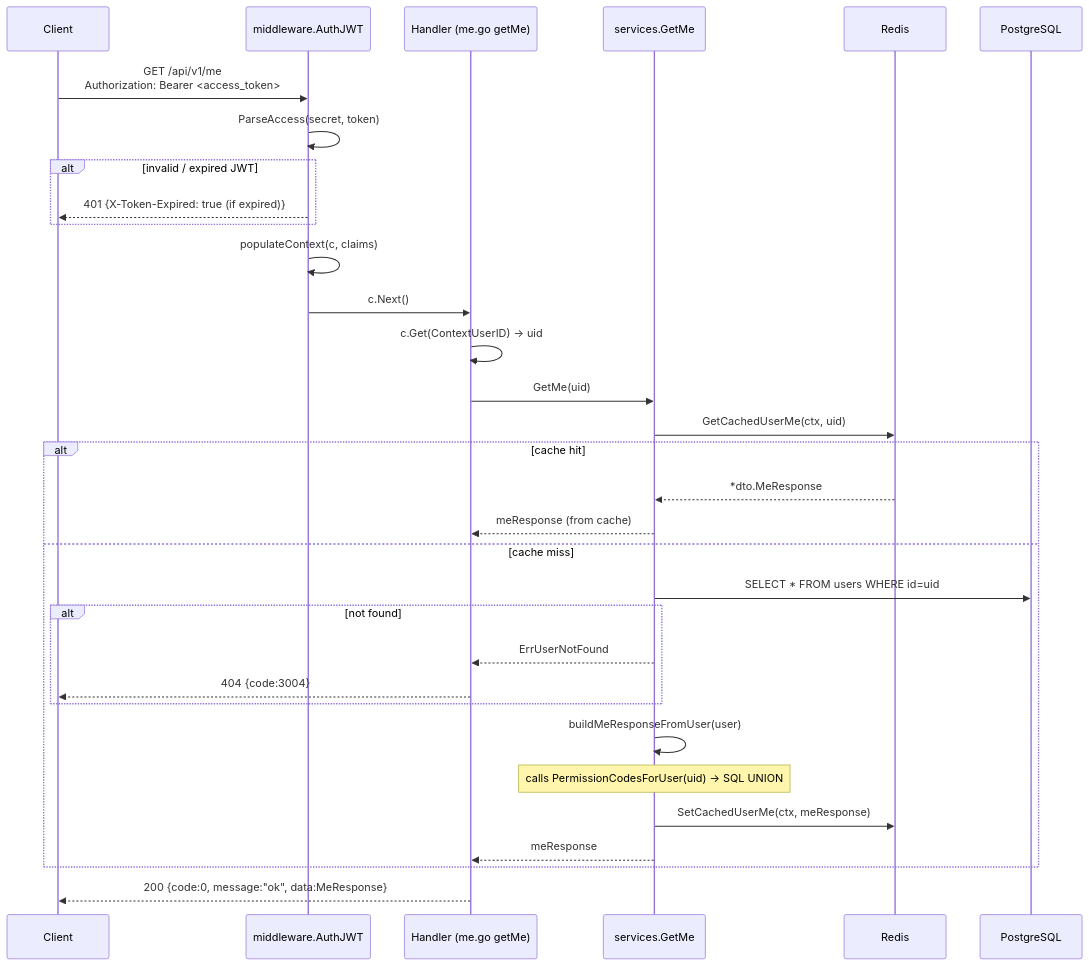
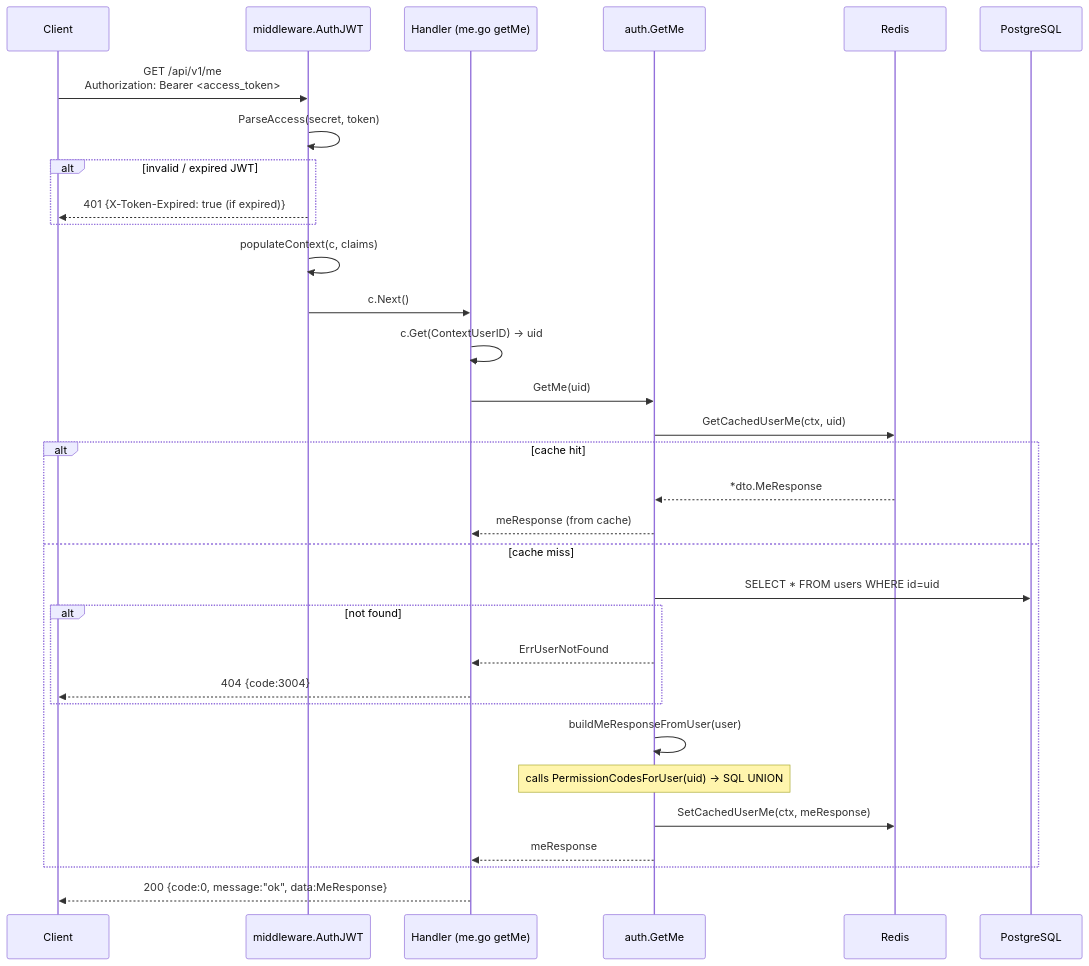
One commit to lkienkle11/be-mycourse changed the sixth of 23 diagrams in docs/sequence_diagrams.md. Above: the diagram before and after it, drawn with Mermaid. The commit also changed other lines of this file and 19 other files, not shown here.

Commit message:
docs: align architecture and module docs with package refactor

````diff
--- a/docs/sequence_diagrams.md
+++ b/docs/sequence_diagrams.md
@@ -333,38 +333,38 @@
 ```mermaid
 sequenceDiagram
     participant C as Client
     participant MW as middleware.AuthJWT
     participant H as Handler (me.go getMe)
-    participant SVC as services.GetMe
+    participant SVC as auth.GetMe
     participant Cache as Redis
     participant DB as PostgreSQL
 
     C->>MW: GET /api/v1/me<br/>Authorization: Bearer <access_token>
     MW->>MW: ParseAccess(secret, token)
     alt invalid / expired JWT
         MW-->>C: 401 {X-Token-Expired: true (if expired)}
     end
     MW->>MW: populateContext(c, claims)
     MW->>H: c.Next()
 
     H->>H: c.Get(ContextUserID) → uid
     H->>SVC: GetMe(uid)
 
     SVC->>Cache: GetCachedUserMe(ctx, uid)
     alt cache hit
         Cache-->>SVC: *dto.MeResponse
         SVC-->>H: meResponse (from cache)
     else cache miss
         SVC->>DB: SELECT * FROM users WHERE id=uid
         alt not found
             SVC-->>H: ErrUserNotFound
             H-->>C: 404 {code:3004}
         end
         SVC->>SVC: buildMeResponseFromUser(user)
         Note over SVC: calls PermissionCodesForUser(uid) → SQL UNION
         SVC->>Cache: SetCachedUserMe(ctx, meResponse)
         SVC-->>H: meResponse
     end
 
     H-->>C: 200 {code:0, message:"ok", data:MeResponse}
 ```
````
